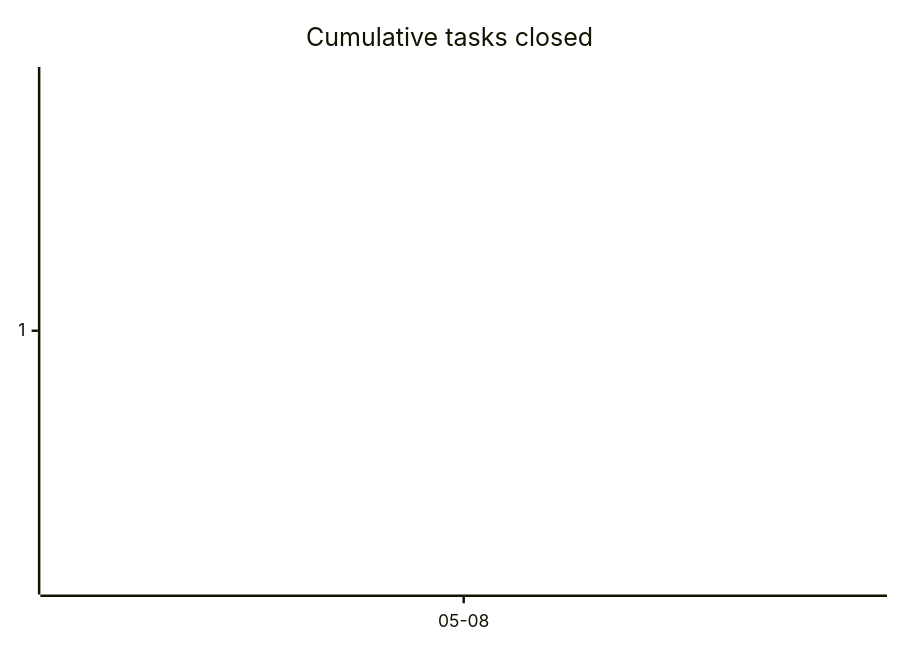
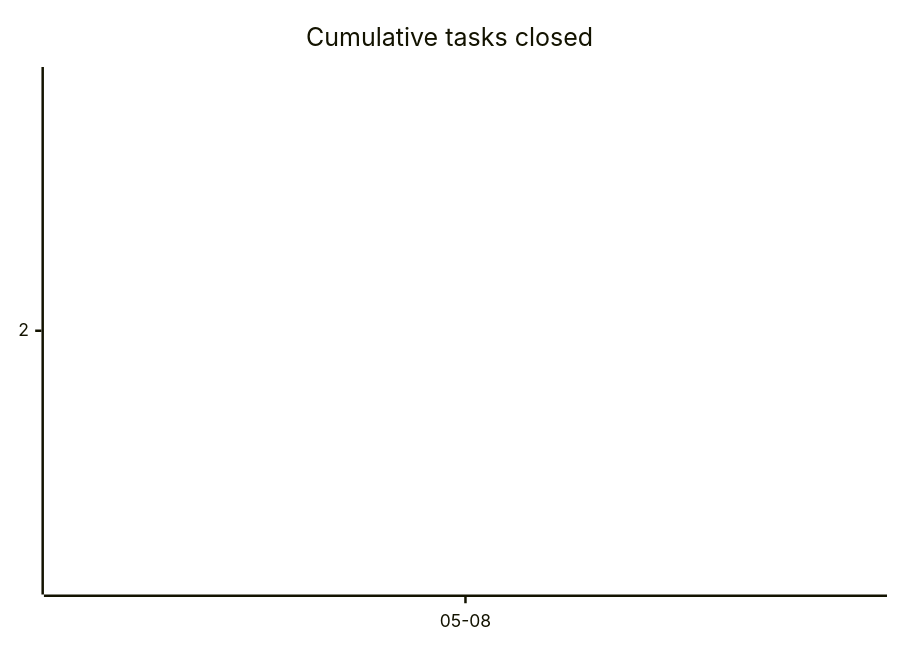
The first of 3 diagrams in docs/developers/tasks/OVERVIEW.md (tgd1975/AwesomeGuitarPedal), drawn with Mermaid before and after one commit. The commit also changed other lines of this file and 438 other files, not shown here.

````diff
--- a/docs/developers/tasks/OVERVIEW.md
+++ b/docs/developers/tasks/OVERVIEW.md
@@ -20,6 +22,6 @@
 ```mermaid
 xychart-beta
     title "Cumulative tasks closed"
     x-axis ["05-08"]
-    line [1]
+    line [2]
 ```
````
